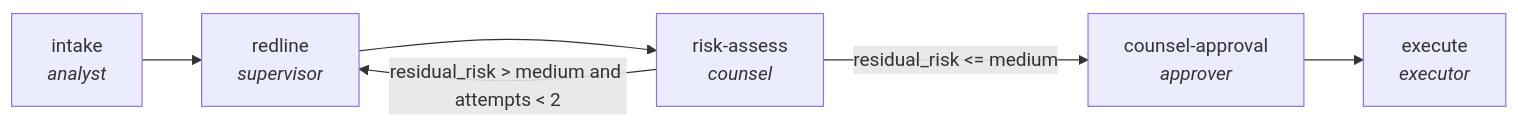
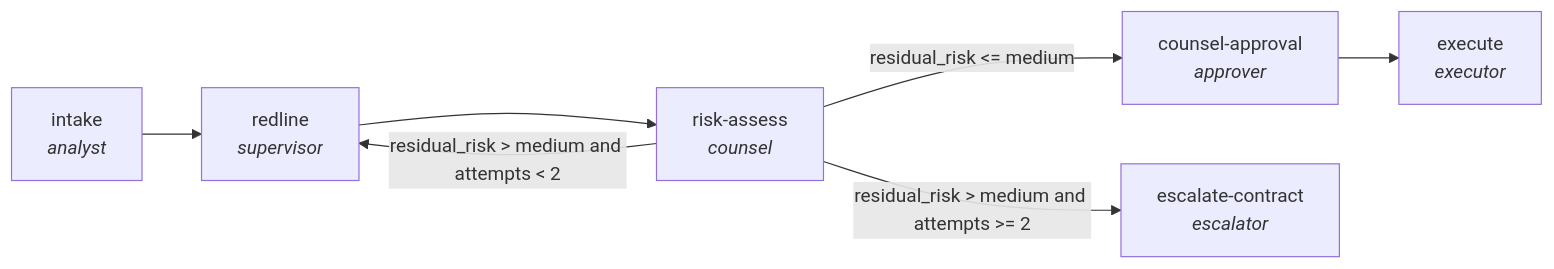
Before and after one commit to ypollak2/agenticgraphs: the diagram in docs/traces/contract-lifecycle.md, drawn with Mermaid. The commit also changed 93 other files, not shown here.

First line of the commit message:
v1.8: eleven graphs can now say the work did not get done

````diff
--- a/docs/traces/contract-lifecycle.md
+++ b/docs/traces/contract-lifecycle.md
@@ -10,13 +10,15 @@
 ```mermaid
 flowchart LR
     N0["intake<br/><i>analyst</i>"]
     N1["redline<br/><i>supervisor</i>"]
     N2["risk-assess<br/><i>counsel</i>"]
     N3["counsel-approval<br/><i>approver</i>"]
     N4["execute<br/><i>executor</i>"]
+    N5["escalate-contract<br/><i>escalator</i>"]
     N0 --> N1
     N1 --> N2
     N2 -->|residual_risk > medium and attempts < 2| N1
     N2 -->|residual_risk <= medium| N3
     N3 --> N4
+    N2 -->|residual_risk > medium and attempts >= 2| N5
 ```
````
